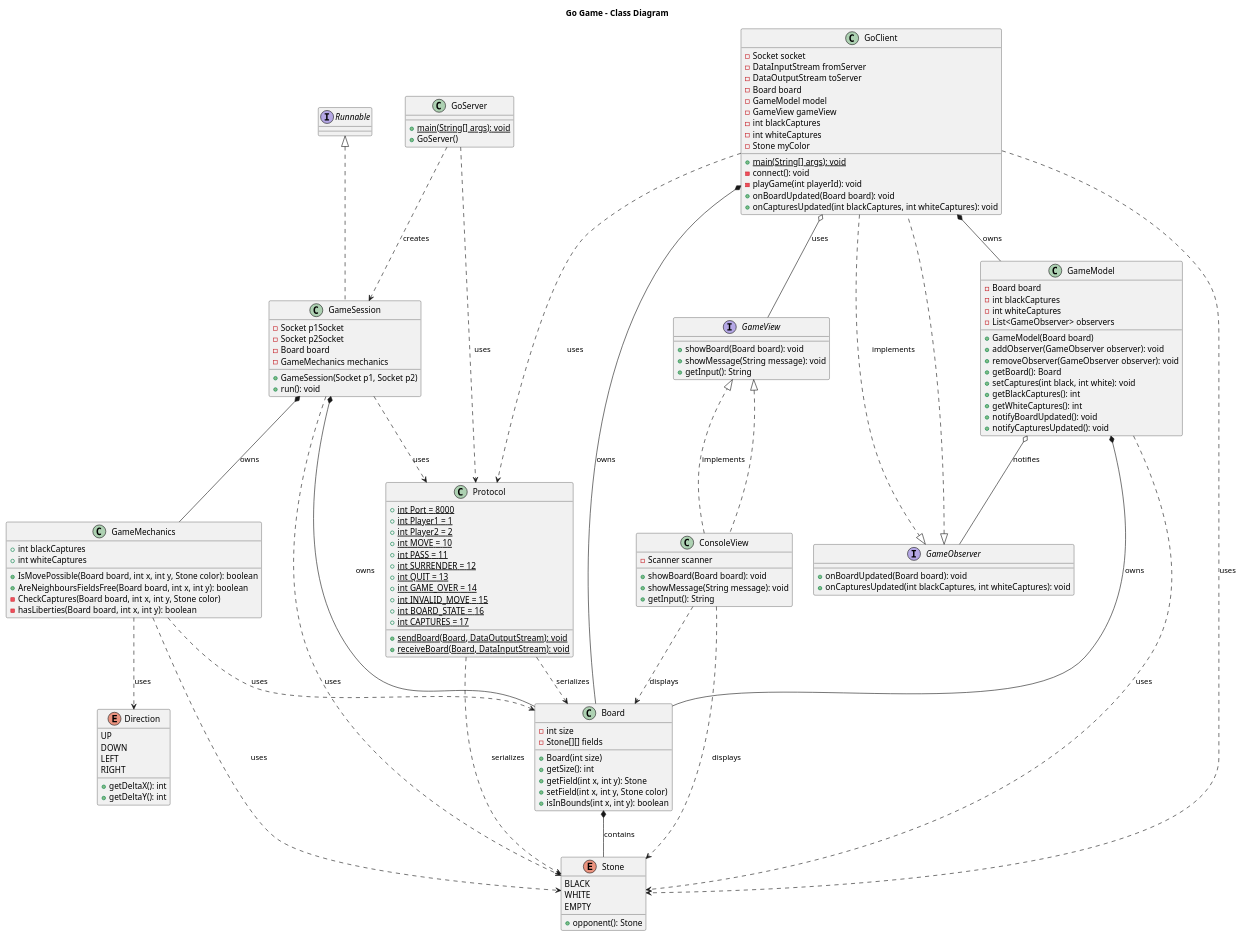
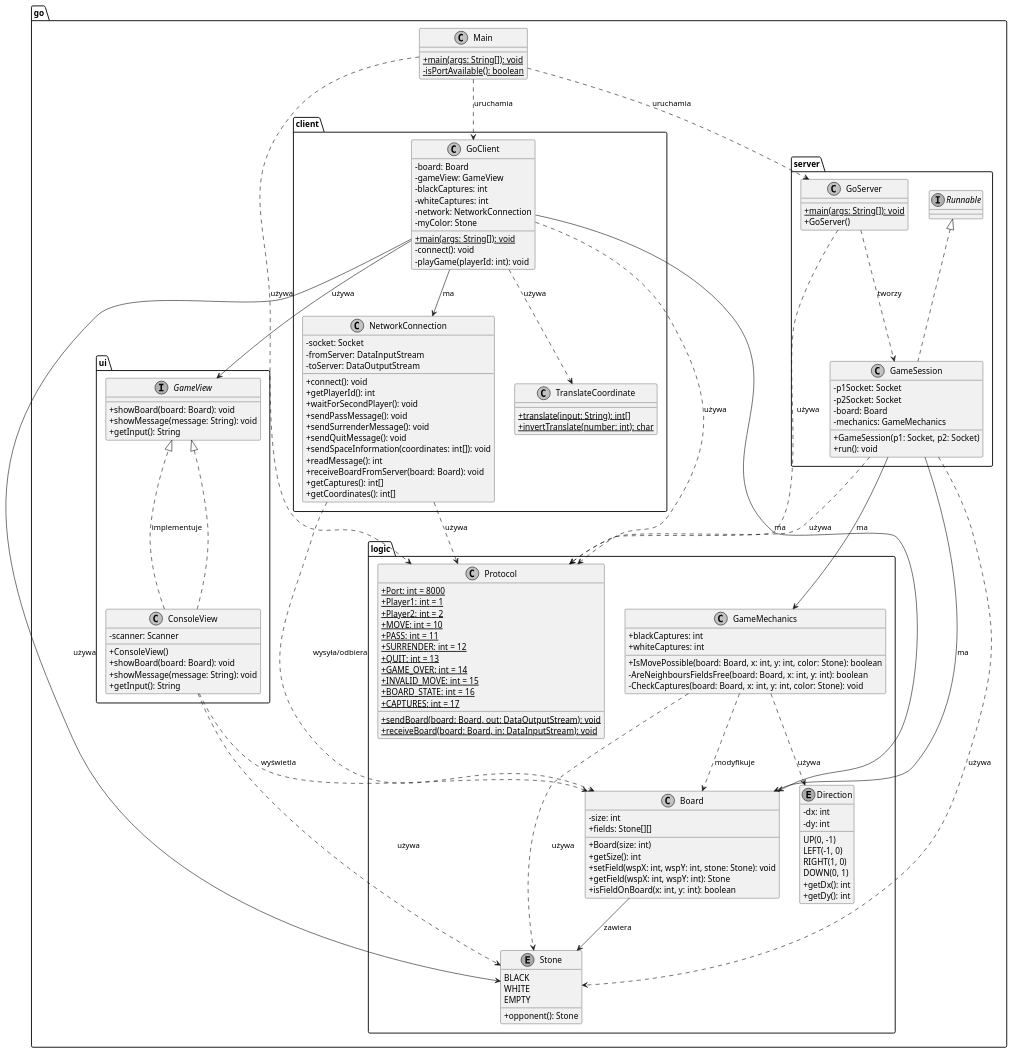
The diagram in tp4/uml/class-diagram.puml (QbaRet/TP4), drawn with PlantUML before and after one commit. The commit also changed 23 other files, not shown here.

Commit message:
diagramy

```diff
--- a/tp4/uml/class-diagram.puml
+++ b/tp4/uml/class-diagram.puml
@@ -1,158 +1,168 @@
-@startuml class-diagram
-title Go Game - Class Diagram
+@startuml
 
-' Enums
-enum Stone {
-  BLACK
-  WHITE
-  EMPTY
-  + opponent(): Stone
+skinparam classAttributeIconSize 0
+skinparam monochrome true
+
+package "go" {
+    class Main {
+        + {static} main(args: String[]): void
+        - {static} isPortAvailable(): boolean
+    }
 }
 
-enum Direction {
-  UP
-  DOWN
-  LEFT
-  RIGHT
-  + getDeltaX(): int
-  + getDeltaY(): int
+package "go.client" {
+    class GoClient {
+        - board: Board
+        - gameView: GameView
+        - blackCaptures: int
+        - whiteCaptures: int
+        - network: NetworkConnection
+        - myColor: Stone
+        + {static} main(args: String[]): void
+        - connect(): void
+        - playGame(playerId: int): void
+    }
+
+    class NetworkConnection {
+        - socket: Socket
+        - fromServer: DataInputStream
+        - toServer: DataOutputStream
+        + connect(): void
+        + getPlayerId(): int
+        + waitForSecondPlayer(): void
+        + sendPassMessage(): void
+        + sendSurrenderMessage(): void
+        + sendQuitMessage(): void
+        + sendSpaceInformation(coordinates: int[]): void
+        + readMessage(): int
+        + receiveBoardFromServer(board: Board): void
+        + getCaptures(): int[]
+        + getCoordinates(): int[]
+    }
+
+    class TranslateCoordinate {
+        + {static} translate(input: String): int[]
+        + {static} invertTranslate(number: int): char
+    }
 }
 
-' Core Logic
-class Board {
-  - int size
-  - Stone[][] fields
-  + Board(int size)
-  + getSize(): int
-  + getField(int x, int y): Stone
-  + setField(int x, int y, Stone color)
-  + isInBounds(int x, int y): boolean
+package "go.server" {
+    class GoServer {
+        + {static} main(args: String[]): void
+        + GoServer()
+    }
+
+    class GameSession implements Runnable {
+        - p1Socket: Socket
+        - p2Socket: Socket
+        - board: Board
+        - mechanics: GameMechanics
+        + GameSession(p1: Socket, p2: Socket)
+        + run(): void
+    }
 }
 
-class GameMechanics {
-  + int blackCaptures
-  + int whiteCaptures
-  + IsMovePossible(Board board, int x, int y, Stone color): boolean
-  + AreNeighboursFieldsFree(Board board, int x, int y): boolean
-  - CheckCaptures(Board board, int x, int y, Stone color)
-  - hasLiberties(Board board, int x, int y): boolean
+package "go.logic" {
+    class Board {
+        - size: int
+        + fields: Stone[][]
+        + Board(size: int)
+        + getSize(): int
+        + setField(wspX: int, wspY: int, stone: Stone): void
+        + getField(wspX: int, wspY: int): Stone
+        + isFieldOnBoard(x: int, y: int): boolean
+    }
+
+    class GameMechanics {
+        + blackCaptures: int
+        + whiteCaptures: int
+        + IsMovePossible(board: Board, x: int, y: int, color: Stone): boolean
+        - AreNeighboursFieldsFree(board: Board, x: int, y: int): boolean
+        - CheckCaptures(board: Board, x: int, y: int, color: Stone): void
+    }
+
+    class Protocol {
+        + {static} Port: int = 8000
+        + {static} Player1: int = 1
+        + {static} Player2: int = 2
+        + {static} MOVE: int = 10
+        + {static} PASS: int = 11
+        + {static} SURRENDER: int = 12
+        + {static} QUIT: int = 13
+        + {static} GAME_OVER: int = 14
+        + {static} INVALID_MOVE: int = 15
+        + {static} BOARD_STATE: int = 16
+        + {static} CAPTURES: int = 17
+        + {static} sendBoard(board: Board, out: DataOutputStream): void
+        + {static} receiveBoard(board: Board, in: DataInputStream): void
+    }
+
+    enum Stone {
+        BLACK
+        WHITE
+        EMPTY
+        + opponent(): Stone
+    }
+
+    enum Direction {
+        UP(0, -1)
+        LEFT(-1, 0)
+        RIGHT(1, 0)
+        DOWN(0, 1)
+        - dx: int
+        - dy: int
+        + getDx(): int
+        + getDy(): int
+    }
 }
 
-class Protocol {
-  + {static} int Port = 8000
-  + {static} int Player1 = 1
-  + {static} int Player2 = 2
-  + {static} int MOVE = 10
-  + {static} int PASS = 11
-  + {static} int SURRENDER = 12
-  + {static} int QUIT = 13
-  + {static} int GAME_OVER = 14
-  + {static} int INVALID_MOVE = 15
-  + {static} int BOARD_STATE = 16
-  + {static} int CAPTURES = 17
-  + {static} sendBoard(Board, DataOutputStream): void
-  + {static} receiveBoard(Board, DataInputStream): void
+package "go.ui" {
+    interface GameView {
+        + showBoard(board: Board): void
+        + showMessage(message: String): void
+        + getInput(): String
+    }
+
+    class ConsoleView implements GameView {
+        - scanner: Scanner
+        + ConsoleView()
+        + showBoard(board: Board): void
+        + showMessage(message: String): void
+        + getInput(): String
+    }
 }
 
-' Observer Pattern
-interface GameObserver {
-  + onBoardUpdated(Board board): void
-  + onCapturesUpdated(int blackCaptures, int whiteCaptures): void
-}
+' Relacje
+Main ..> GoServer : uruchamia
+Main ..> GoClient : uruchamia
+Main ..> Protocol : używa
 
-class GameModel {
-  - Board board
-  - int blackCaptures
-  - int whiteCaptures
-  - List<GameObserver> observers
-  + GameModel(Board board)
-  + addObserver(GameObserver observer): void
-  + removeObserver(GameObserver observer): void
-  + getBoard(): Board
-  + setCaptures(int black, int white): void
-  + getBlackCaptures(): int
-  + getWhiteCaptures(): int
-  + notifyBoardUpdated(): void
-  + notifyCapturesUpdated(): void
-}
+GoClient --> Board : ma
+GoClient --> GameView : używa
+GoClient --> NetworkConnection : ma
+GoClient --> Stone : używa
+GoClient ..> TranslateCoordinate : używa
+GoClient ..> Protocol : używa
 
-' Server
-class GoServer {
-  + {static} main(String[] args): void
-  + GoServer()
-}
+NetworkConnection ..> Protocol : używa
+NetworkConnection ..> Board : wysyła/odbiera
 
-class GameSession implements Runnable {
-  - Socket p1Socket
-  - Socket p2Socket
-  - Board board
-  - GameMechanics mechanics
-  + GameSession(Socket p1, Socket p2)
-  + run(): void
-}
+GoServer ..> GameSession : tworzy
+GoServer ..> Protocol : używa
 
-' Client
-class GoClient implements GameObserver {
-  - Socket socket
-  - DataInputStream fromServer
-  - DataOutputStream toServer
-  - Board board
-  - GameModel model
-  - GameView gameView
-  - int blackCaptures
-  - int whiteCaptures
-  - Stone myColor
-  + {static} main(String[] args): void
-  - connect(): void
-  - playGame(int playerId): void
-  + onBoardUpdated(Board board): void
-  + onCapturesUpdated(int blackCaptures, int whiteCaptures): void
-}
+GameSession --> Board : ma
+GameSession --> GameMechanics : ma
+GameSession ..> Protocol : używa
+GameSession ..> Stone : używa
 
-' UI
-interface GameView {
-  + showBoard(Board board): void
-  + showMessage(String message): void
-  + getInput(): String
-}
+GameMechanics ..> Board : modyfikuje
+GameMechanics ..> Stone : używa
+GameMechanics ..> Direction : używa
 
-class ConsoleView implements GameView {
-  - Scanner scanner
-  + showBoard(Board board): void
-  + showMessage(String message): void
-  + getInput(): String
-}
+Board --> Stone : zawiera
 
-' Relationships
-Board *-- Stone : contains
-GameMechanics ..> Board : uses
-GameMechanics ..> Stone : uses
-GameMechanics ..> Direction : uses
-
-GameSession *-- Board : owns
-GameSession *-- GameMechanics : owns
-GameSession ..> Protocol : uses
-GameSession ..> Stone : uses
-
-GoServer ..> GameSession : creates
-GoServer ..> Protocol : uses
-
-GoClient *-- Board : owns
-GoClient *-- GameModel : owns
-GoClient o-- GameView : uses
-GoClient ..> Protocol : uses
-GoClient ..> Stone : uses
-GoClient ..|> GameObserver : implements
-
-GameModel *-- Board : owns
-GameModel o-- GameObserver : notifies
-GameModel ..> Stone : uses
-
-ConsoleView ..|> GameView : implements
-ConsoleView ..> Board : displays
-ConsoleView ..> Stone : displays
-
-Protocol ..> Board : serializes
-Protocol ..> Stone : serializes
+ConsoleView ..|> GameView : implementuje
+ConsoleView ..> Board : wyświetla
+ConsoleView ..> Stone : używa
 
 @enduml
```
